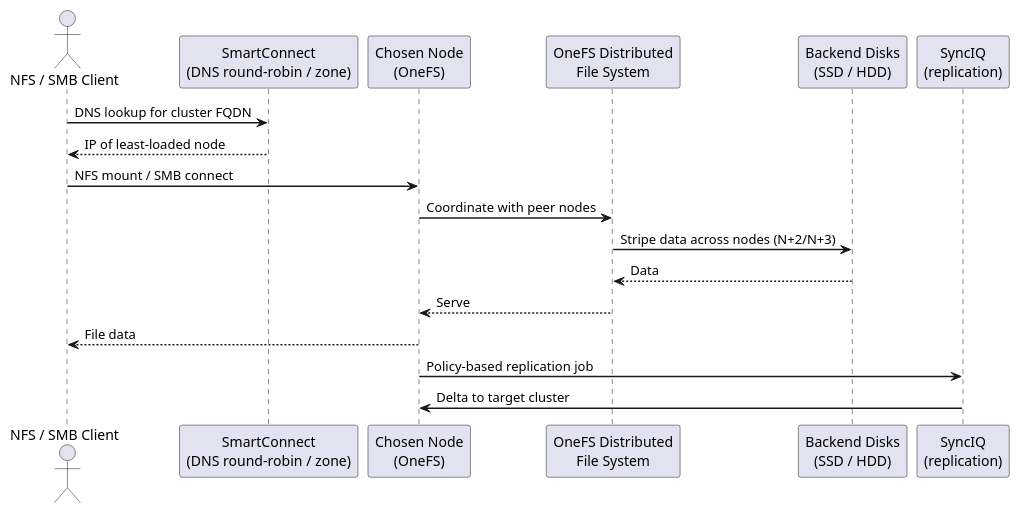
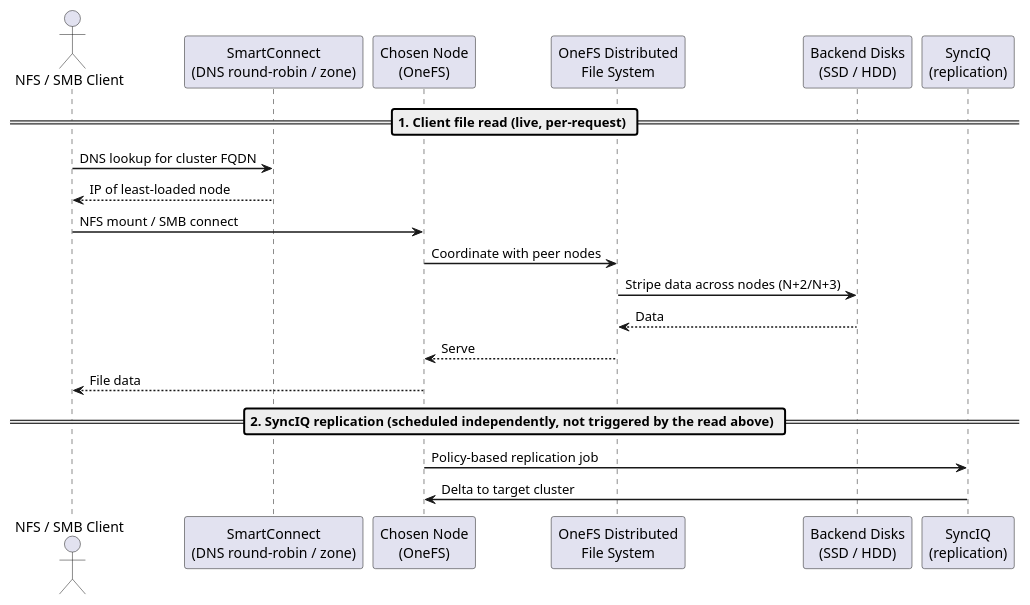
One commit to canast01/chris-kb changed the first of 3 diagrams in docs/storage/products/dell/powerscale/architecture/how-it-works.md. Above: the diagram before and after it, drawn with PlantUML. The commit also changed 14 other files, not shown here.

First line of the commit message:
Add phase dividers to PlantUML sequence diagrams mixing unrelated flows; fix PowerMax escalation box-vs-footer overlap

````diff
--- a/docs/storage/products/dell/powerscale/architecture/how-it-works.md
+++ b/docs/storage/products/dell/powerscale/architecture/how-it-works.md
@@ -16,25 +16,27 @@
 ```plantuml
 @startuml
 skinparam sequenceArrowThickness 1.5
 skinparam roundcorner 5
 
 actor "NFS / SMB Client" as CLT
 participant "SmartConnect\n(DNS round-robin / zone)" as SC
 participant "Chosen Node\n(OneFS)" as NODE
 participant "OneFS Distributed\nFile System" as DFS
 participant "Backend Disks\n(SSD / HDD)" as DISK
 participant "SyncIQ\n(replication)" as SYNC
 
+== 1. Client file read (live, per-request) ==
 CLT -> SC: DNS lookup for cluster FQDN
 SC --> CLT: IP of least-loaded node
 CLT -> NODE: NFS mount / SMB connect
 NODE -> DFS: Coordinate with peer nodes
 DFS -> DISK: Stripe data across nodes (N+2/N+3)
 DISK --> DFS: Data
 DFS --> NODE: Serve
 NODE --> CLT: File data
 
+== 2. SyncIQ replication (scheduled independently, not triggered by the read above) ==
 NODE -> SYNC: Policy-based replication job
 SYNC -> NODE: Delta to target cluster
 @enduml
 ```
````
